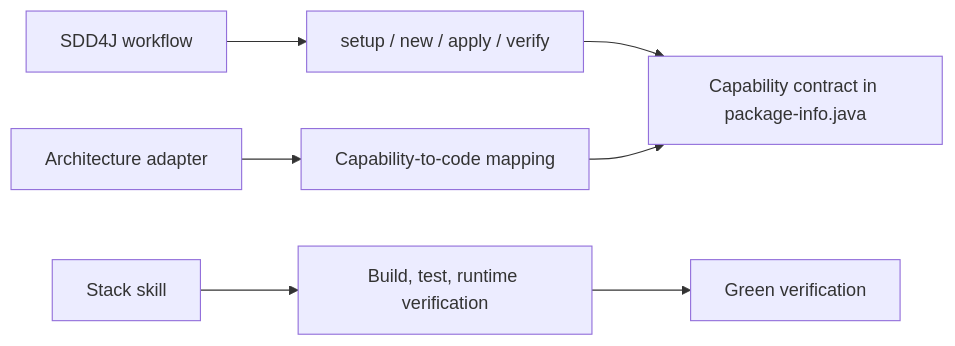
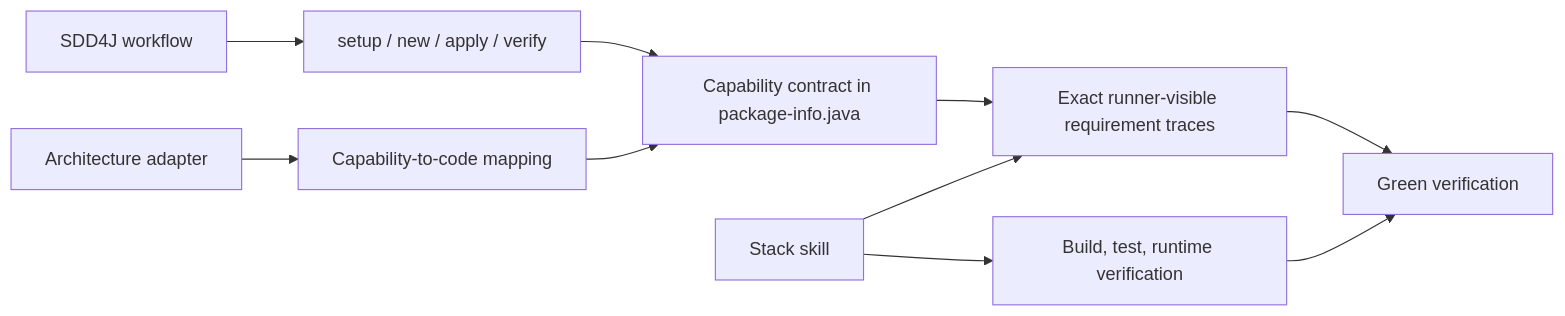
Before and after one commit to dearrudam/agent-skills-01: the first of 2 diagrams in skills/sdd4j/README.md, drawn with Mermaid. The commit also changed other lines of this file and 4 other files, not shown here.

````diff
--- a/skills/sdd4j/README.md
+++ b/skills/sdd4j/README.md
@@ -11,9 +19,12 @@
 ```mermaid
 flowchart LR
   S[SDD4J workflow] --> W[setup / new / apply / verify]
   A[Architecture adapter] --> M[Capability-to-code mapping]
   T[Stack skill] --> V[Build, test, runtime verification]
   W --> C[Capability contract in package-info.java]
   M --> C
+  C --> R[Exact runner-visible requirement traces]
+  T --> R
+  R --> G
   V --> G[Green verification]
 ```
````
